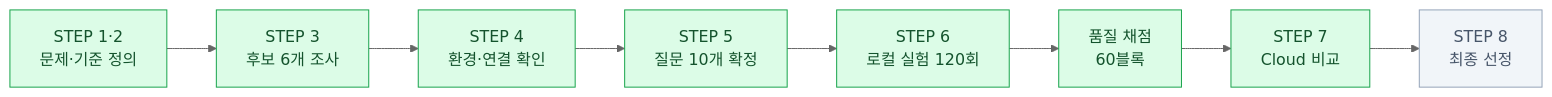
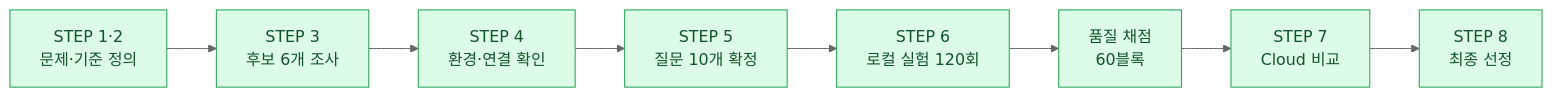
One commit to ho-yu/kant-llm-project-01 changed the first of 4 diagrams in README.md. Above: the diagram before and after it, drawn with Mermaid (neutral theme). The commit also changed other lines of this file and 25 other files, not shown here.

````diff
--- a/README.md
+++ b/README.md
@@ -15,15 +17,13 @@
 ```mermaid
 flowchart LR
     S1["STEP 1·2<br/>문제·기준 정의"] --> S3["STEP 3<br/>후보 6개 조사"]
     S3 --> S4["STEP 4<br/>환경·연결 확인"]
     S4 --> S5["STEP 5<br/>질문 10개 확정"]
     S5 --> S6["STEP 6<br/>로컬 실험 120회"]
     S6 --> SC["품질 채점<br/>60블록"]
     SC --> S7["STEP 7<br/>Cloud 비교"]
     S7 --> S8["STEP 8<br/>최종 선정"]
 
     classDef done fill:#dcfce7,stroke:#16a34a,color:#14532d
-    classDef todo fill:#f1f5f9,stroke:#94a3b8,color:#475569
-    class S1,S3,S4,S5,S6,SC,S7 done
-    class S8 todo
+    class S1,S3,S4,S5,S6,SC,S7,S8 done
 ```
````
